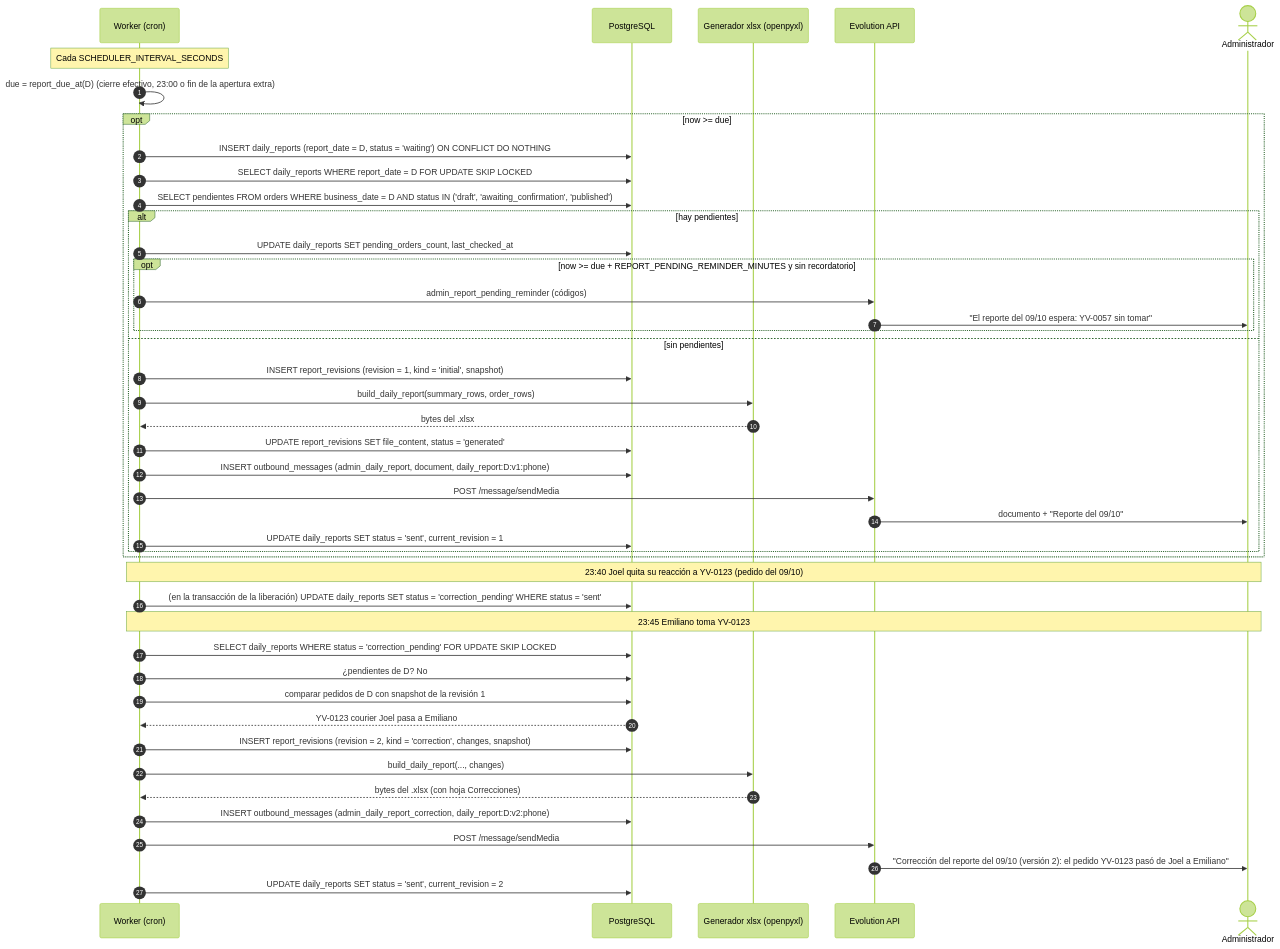
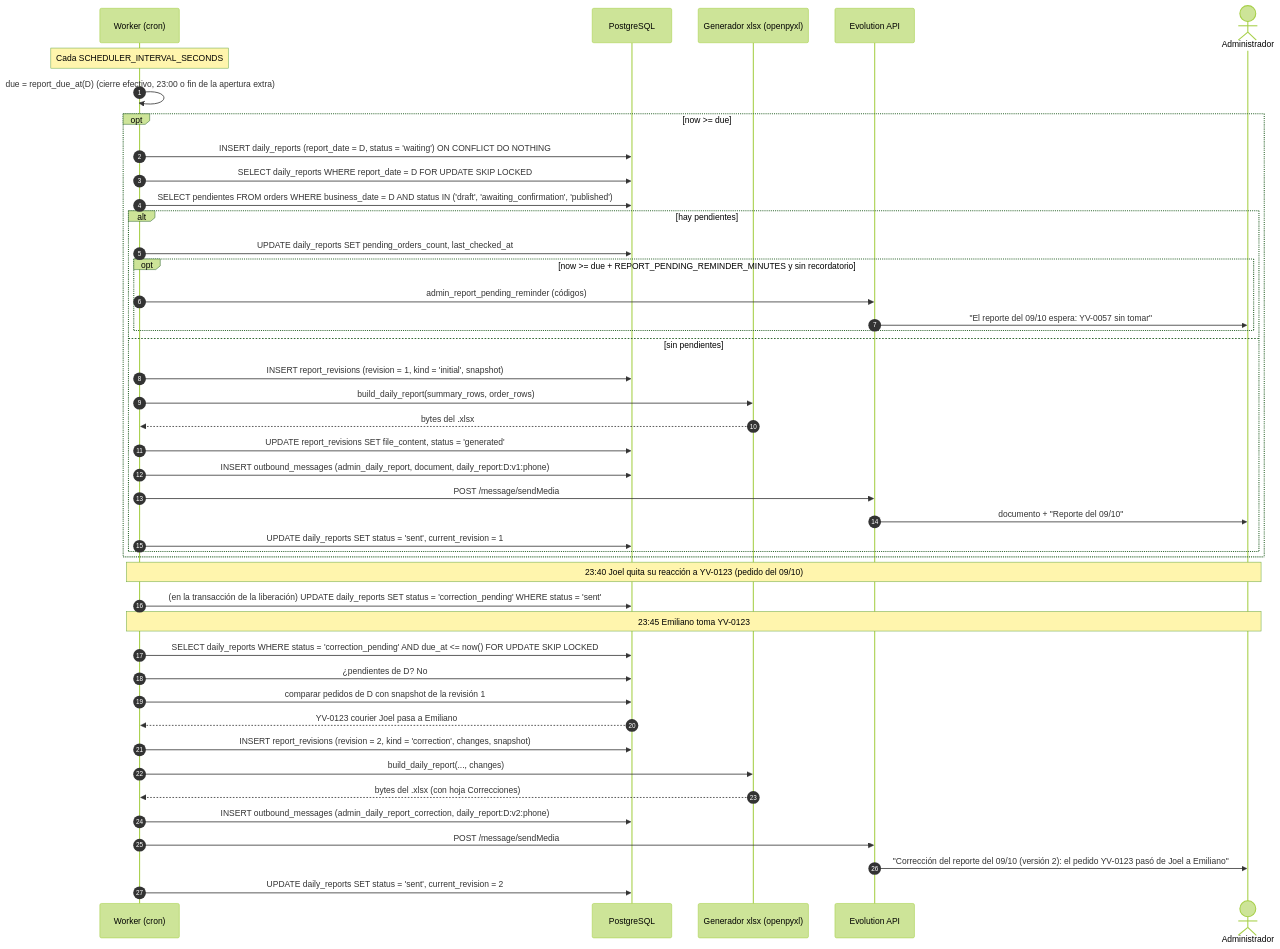
The sixth of 8 diagrams in docs/04-secuencias.md (KevOrtega/ya-voy-automation-whatsapp), drawn with Mermaid (forest theme) before and after one commit. The commit also changed other lines of this file and 7 other files, not shown here.

````diff
--- a/docs/04-secuencias.md
+++ b/docs/04-secuencias.md
@@ -304,48 +304,48 @@
 ```mermaid
 sequenceDiagram
     autonumber
     participant CR as Worker (cron)
     participant DB as PostgreSQL
     participant X as Generador xlsx (openpyxl)
     participant EVO as Evolution API
     actor AD as Administrador
 
     Note over CR: Cada SCHEDULER_INTERVAL_SECONDS
     CR->>CR: due = report_due_at(D) (cierre efectivo, 23:00 o fin de la apertura extra)
     opt now >= due
         CR->>DB: INSERT daily_reports (report_date = D, status = 'waiting') ON CONFLICT DO NOTHING
         CR->>DB: SELECT daily_reports WHERE report_date = D FOR UPDATE SKIP LOCKED
         CR->>DB: SELECT pendientes FROM orders WHERE business_date = D AND status IN ('draft', 'awaiting_confirmation', 'published')
         alt hay pendientes
             CR->>DB: UPDATE daily_reports SET pending_orders_count, last_checked_at
             opt now >= due + REPORT_PENDING_REMINDER_MINUTES y sin recordatorio
                 CR->>EVO: admin_report_pending_reminder (códigos)
                 EVO->>AD: "El reporte del 09/10 espera: YV-0057 sin tomar"
             end
         else sin pendientes
             CR->>DB: INSERT report_revisions (revision = 1, kind = 'initial', snapshot)
             CR->>X: build_daily_report(summary_rows, order_rows)
             X-->>CR: bytes del .xlsx
             CR->>DB: UPDATE report_revisions SET file_content, status = 'generated'
             CR->>DB: INSERT outbound_messages (admin_daily_report, document, daily_report:D:v1:phone)
             CR->>EVO: POST /message/sendMedia
             EVO->>AD: documento + "Reporte del 09/10"
             CR->>DB: UPDATE daily_reports SET status = 'sent', current_revision = 1
         end
     end
 
     Note over CR,AD: 23:40 Joel quita su reacción a YV-0123 (pedido del 09/10)
     CR->>DB: (en la transacción de la liberación) UPDATE daily_reports SET status = 'correction_pending' WHERE status = 'sent'
     Note over CR,AD: 23:45 Emiliano toma YV-0123
-    CR->>DB: SELECT daily_reports WHERE status = 'correction_pending' FOR UPDATE SKIP LOCKED
+    CR->>DB: SELECT daily_reports WHERE status = 'correction_pending' AND due_at <= now() FOR UPDATE SKIP LOCKED
     CR->>DB: ¿pendientes de D? No
     CR->>DB: comparar pedidos de D con snapshot de la revisión 1
     DB-->>CR: YV-0123 courier Joel pasa a Emiliano
     CR->>DB: INSERT report_revisions (revision = 2, kind = 'correction', changes, snapshot)
     CR->>X: build_daily_report(..., changes)
     X-->>CR: bytes del .xlsx (con hoja Correcciones)
     CR->>DB: INSERT outbound_messages (admin_daily_report_correction, daily_report:D:v2:phone)
     CR->>EVO: POST /message/sendMedia
     EVO->>AD: "Corrección del reporte del 09/10 (versión 2): el pedido YV-0123 pasó de Joel a Emiliano"
     CR->>DB: UPDATE daily_reports SET status = 'sent', current_revision = 2
 ```
````
